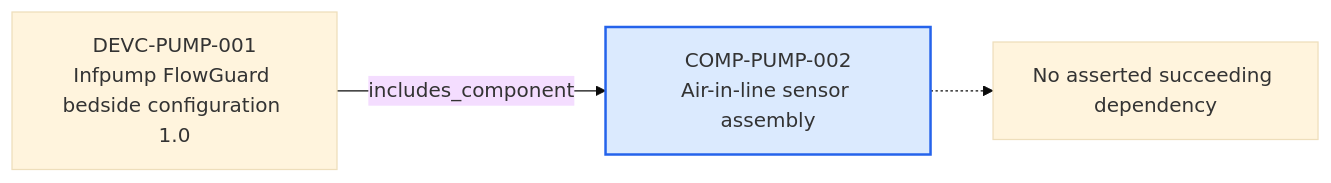
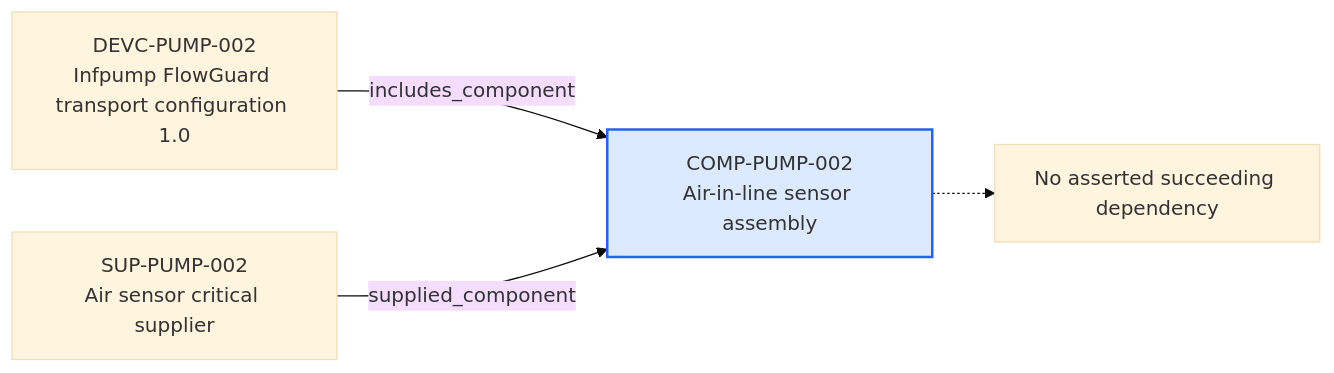
One commit to mvattulainen/mdrontology changed the diagram in content/06-Infpump FlowGuard ontology notes/component/COMP-PUMP-002-air-in-line-sensor-assembly.md. Above: the diagram before and after it, drawn with Mermaid (base theme). The commit also changed other lines of this file and 321 other files, not shown here.

Commit message:
Implement Mermaid ontology audit findings

````diff
--- a/content/06-Infpump FlowGuard ontology notes/component/COMP-PUMP-002-air-in-line-sensor-assembly.md
+++ b/content/06-Infpump FlowGuard ontology notes/component/COMP-PUMP-002-air-in-line-sensor-assembly.md
@@ -69,10 +71,12 @@
 ```mermaid
 flowchart LR
   CURRENT["COMP-PUMP-002<br/>Air-in-line sensor assembly"]
-  PREV0["DEVC-PUMP-001<br/>Infpump FlowGuard bedside configuration 1.0"]
+  PREV0["DEVC-PUMP-002<br/>Infpump FlowGuard transport configuration 1.0"]
   PREV0 -->|"includes_component"| CURRENT
+  PREV1["SUP-PUMP-002<br/>Air sensor critical supplier"]
+  PREV1 -->|"supplied_component"| CURRENT
   NEXT_NONE["No asserted succeeding dependency"]
   CURRENT -.-> NEXT_NONE
   classDef current fill:#dbeafe,stroke:#2563eb,stroke-width:2px
   class CURRENT current
 ```
````
